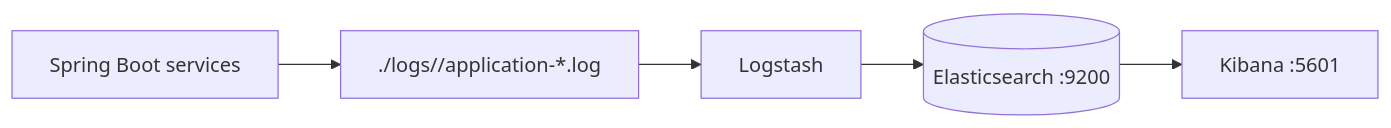
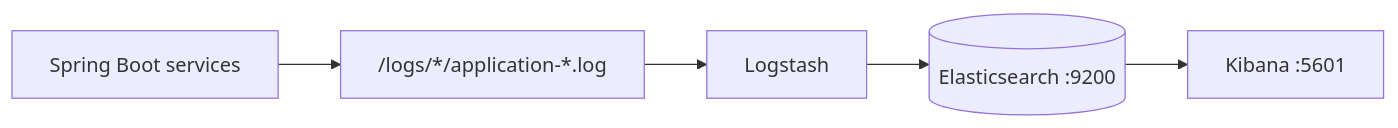
One commit to shubhgaur37/eCommerce changed the second of 4 diagrams in README.md. Above: the diagram before and after it, drawn with Mermaid. The commit also changed other lines of this file, not shown here.

````diff
--- a/README.md
+++ b/README.md
@@ -57,7 +57,7 @@
 ```mermaid
 flowchart LR
-    services["Spring Boot services"] --> logs["./logs/<service>/application-*.log"]
+    services["Spring Boot services"] --> logs["/logs/*/application-*.log"]
     logs --> logstash["Logstash"]
     logstash --> elasticsearch[("Elasticsearch :9200")]
     elasticsearch --> kibana["Kibana :5601"]
 ```
````
